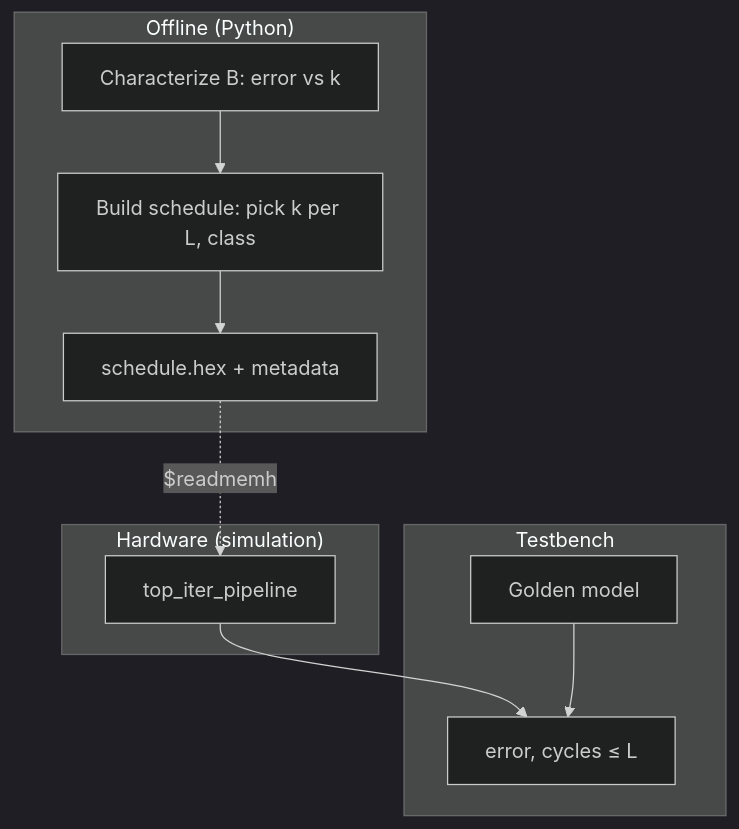
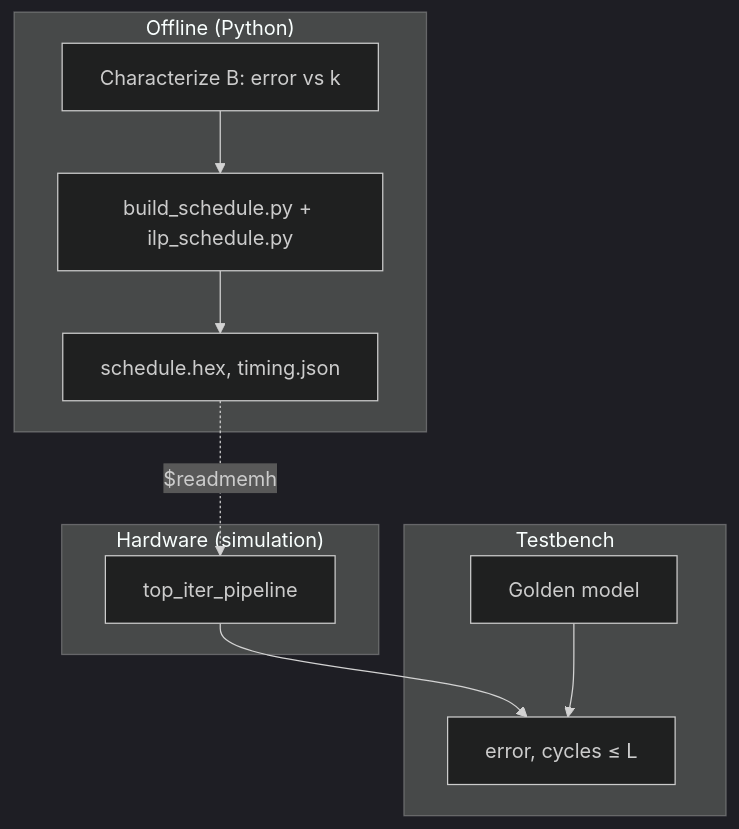
The first of 7 diagrams in docs/01_PROJECT_WALKTHROUGH_STEP_BY_STEP.md (EeshanaHari9/Latency-Bounded-Scheduling-For-Iterative-Approximate-Pipeline), drawn with Mermaid (dark theme) before and after one commit. The commit also changed other lines of this file and 5 other files, not shown here.

````diff
--- a/docs/01_PROJECT_WALKTHROUGH_STEP_BY_STEP.md
+++ b/docs/01_PROJECT_WALKTHROUGH_STEP_BY_STEP.md
@@ -64,21 +71,21 @@
 ```mermaid
 flowchart TB
   subgraph OFF["Offline (Python)"]
     CHAR["Characterize B: error vs k"]
-    OPT["Build schedule: pick k per L, class"]
-    ART["schedule.hex + metadata"]
+    OPT["build_schedule.py + ilp_schedule.py"]
+    ART["schedule.hex, timing.json"]
     CHAR --> OPT --> ART
   end
 
   subgraph RTL["Hardware (simulation)"]
     TOP["top_iter_pipeline"]
     ART -.->|"$readmemh"| TOP
   end
 
   subgraph TB["Testbench"]
     GOLD["Golden model"]
     CHK["error, cycles ≤ L"]
     TOP --> CHK
     GOLD --> CHK
   end
 ```
````
